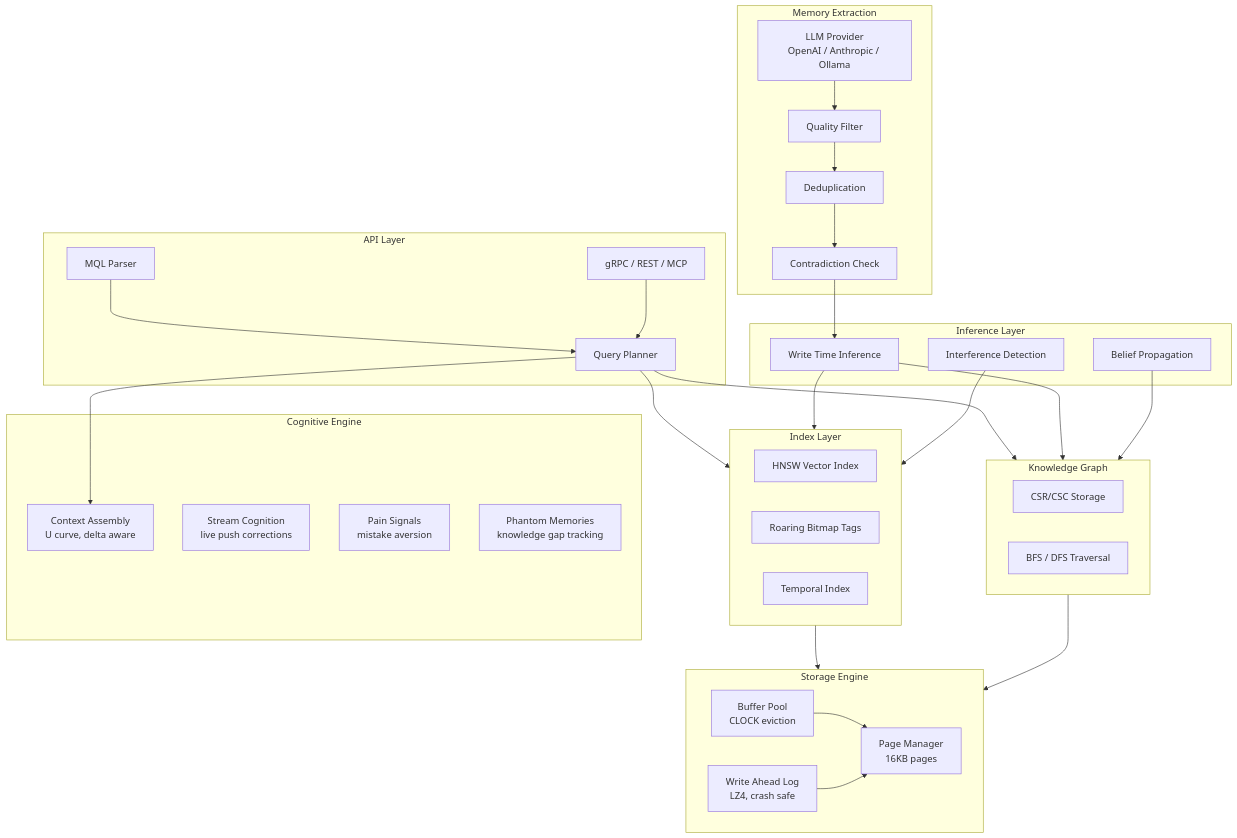
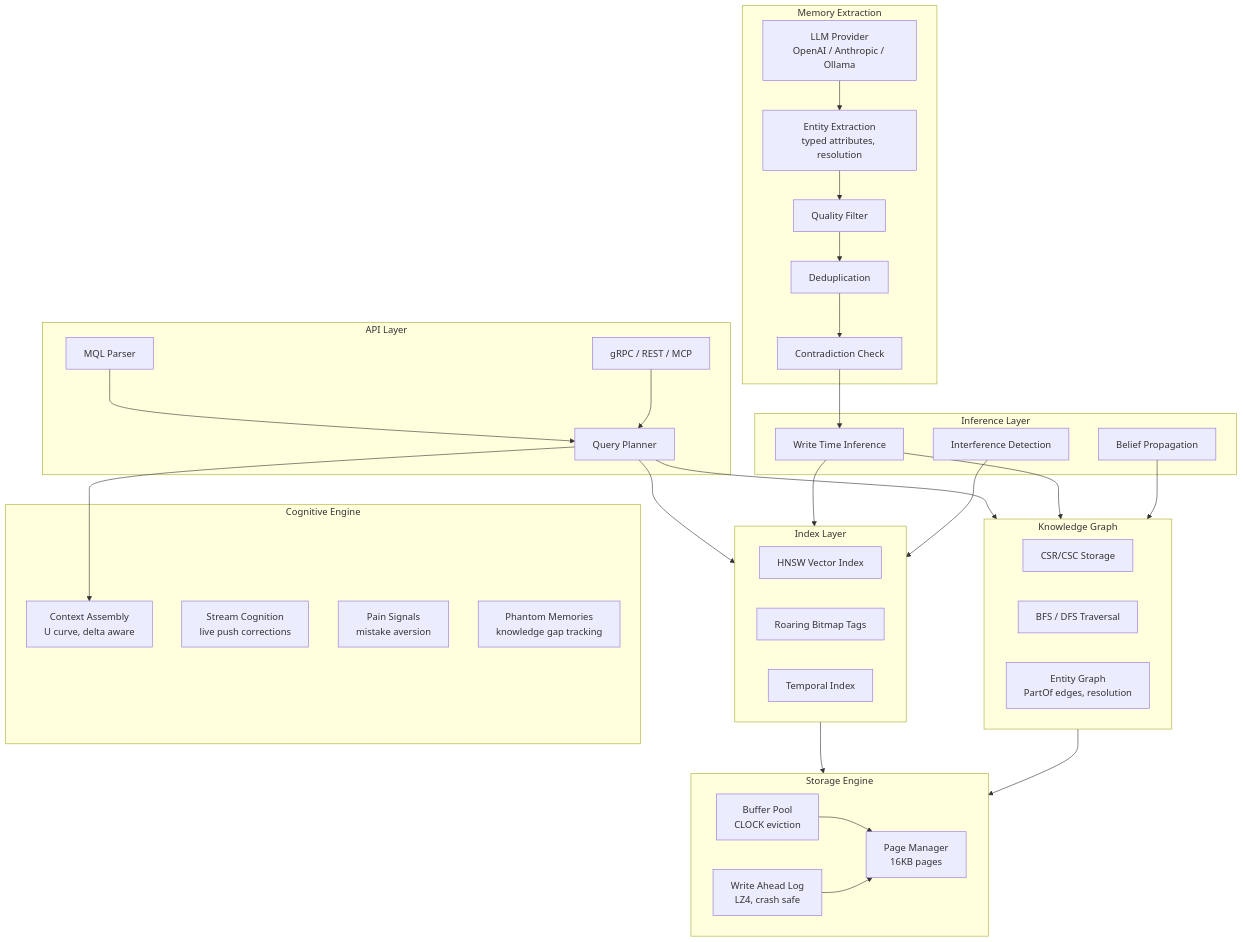
The diagram in README.md (nambok/mentedb), drawn with Mermaid before and after one commit. The commit also changed other lines of this file and 12 other files, not shown here.

````diff
--- a/README.md
+++ b/README.md
@@ -175,64 +199,66 @@
 ```mermaid
 graph TD
     subgraph API["API Layer"]
         MQL["MQL Parser"]
         QE["Query Planner"]
         GRPC["gRPC / REST / MCP"]
     end
 
     subgraph Extraction["Memory Extraction"]
         LLM["LLM Provider<br/>OpenAI / Anthropic / Ollama"]
+        ENT["Entity Extraction<br/>typed attributes, resolution"]
         QF["Quality Filter"]
         DEDUP["Deduplication"]
         CONTRA_EX["Contradiction Check"]
     end
 
     subgraph Cognitive["Cognitive Engine"]
         CTX["Context Assembly<br/>U curve, delta aware"]
         STREAM["Stream Cognition<br/>live push corrections"]
         PAIN["Pain Signals<br/>mistake aversion"]
         PHANTOM["Phantom Memories<br/>knowledge gap tracking"]
     end
 
     subgraph Intelligence["Inference Layer"]
         BP["Belief Propagation"]
         WI["Write Time Inference"]
         INTERF["Interference Detection"]
     end
 
     subgraph Index["Index Layer"]
         HNSW["HNSW Vector Index"]
         ROAR["Roaring Bitmap Tags"]
         TEMP["Temporal Index"]
     end
 
     subgraph Graph["Knowledge Graph"]
         CSR["CSR/CSC Storage"]
         TRAV["BFS / DFS Traversal"]
+        ENTG["Entity Graph<br/>PartOf edges, resolution"]
     end
 
     subgraph Storage["Storage Engine"]
         BUF["Buffer Pool<br/>CLOCK eviction"]
         WAL["Write Ahead Log<br/>LZ4, crash safe"]
         PAGE["Page Manager<br/>16KB pages"]
     end
 
-    LLM --> QF --> DEDUP --> CONTRA_EX --> WI
+    LLM --> ENT --> QF --> DEDUP --> CONTRA_EX --> WI
 
     MQL --> QE
     GRPC --> QE
     QE --> CTX
     QE --> Index
     QE --> Graph
 
     WI --> Graph
     WI --> Index
     BP --> Graph
     INTERF --> Index
 
     Index --> Storage
     Graph --> Storage
 
     BUF --> PAGE
     WAL --> PAGE
 ```
````
